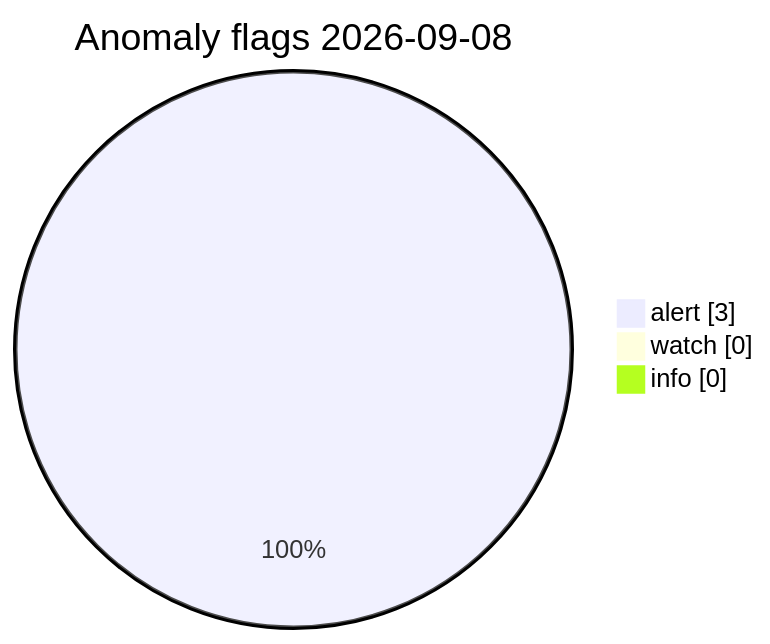
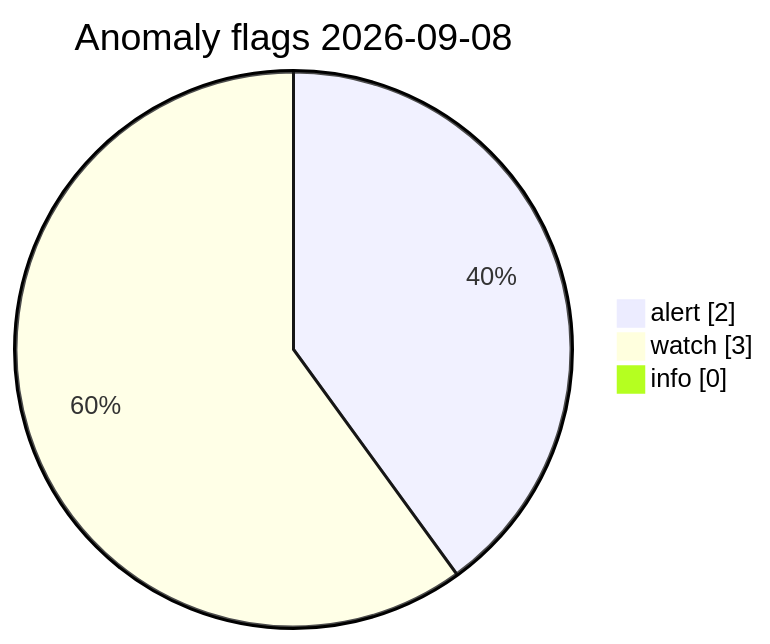
One commit to Midwest-Stratospheric/Unified-Open-Global-Weather changed the diagram in visuals/2026-09-08/CHARTS.md. Above: the diagram before and after it, drawn with Mermaid. The commit also changed other lines of this file and 13 other files, not shown here.

Commit message:
data(visuals): automated charts 2026-09-08T13:46Z

````diff
--- a/visuals/2026-09-08/CHARTS.md
+++ b/visuals/2026-09-08/CHARTS.md
@@ -73,7 +73,7 @@
 ```mermaid
 pie showData
   title Anomaly flags 2026-09-08
-  "alert" : 3
-  "watch" : 0
+  "alert" : 2
+  "watch" : 3
   "info" : 0
 ```
````
